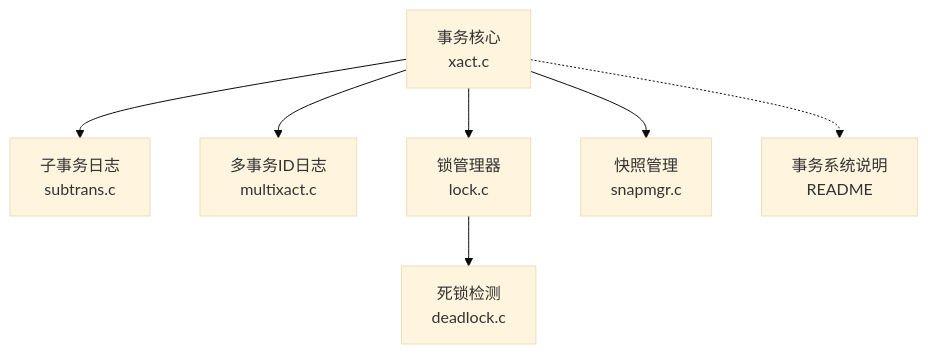
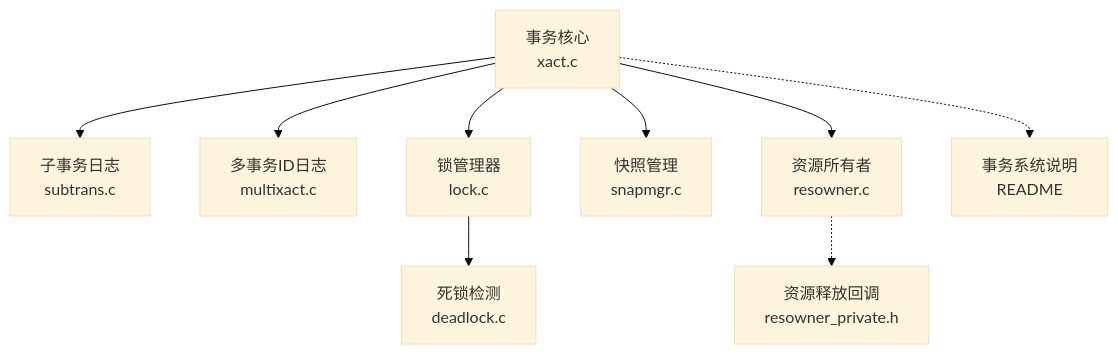
Before and after one commit to chirpyli/minipg: the first of 9 diagrams in .qoder/repowiki/zh/content/事务管理/事务管理.md, drawn with Mermaid (base theme). The commit also changed other lines of this file and 362 other files, not shown here.

````diff
--- a/.qoder/repowiki/zh/content/事务管理/事务管理.md
+++ b/.qoder/repowiki/zh/content/事务管理/事务管理.md
@@ -42,9 +54,11 @@
 ```mermaid
 graph TB
 A["事务核心<br/>xact.c"] --> B["子事务日志<br/>subtrans.c"]
 A --> C["多事务ID日志<br/>multixact.c"]
 A --> D["锁管理器<br/>lock.c"]
 D --> E["死锁检测<br/>deadlock.c"]
 A --> F["快照管理<br/>snapmgr.c"]
-A -.-> G["事务系统说明<br/>README"]
+A --> G["资源所有者<br/>resowner.c"]
+G -.-> H["资源释放回调<br/>resowner_private.h"]
+A -.-> I["事务系统说明<br/>README"]
 ```
````
